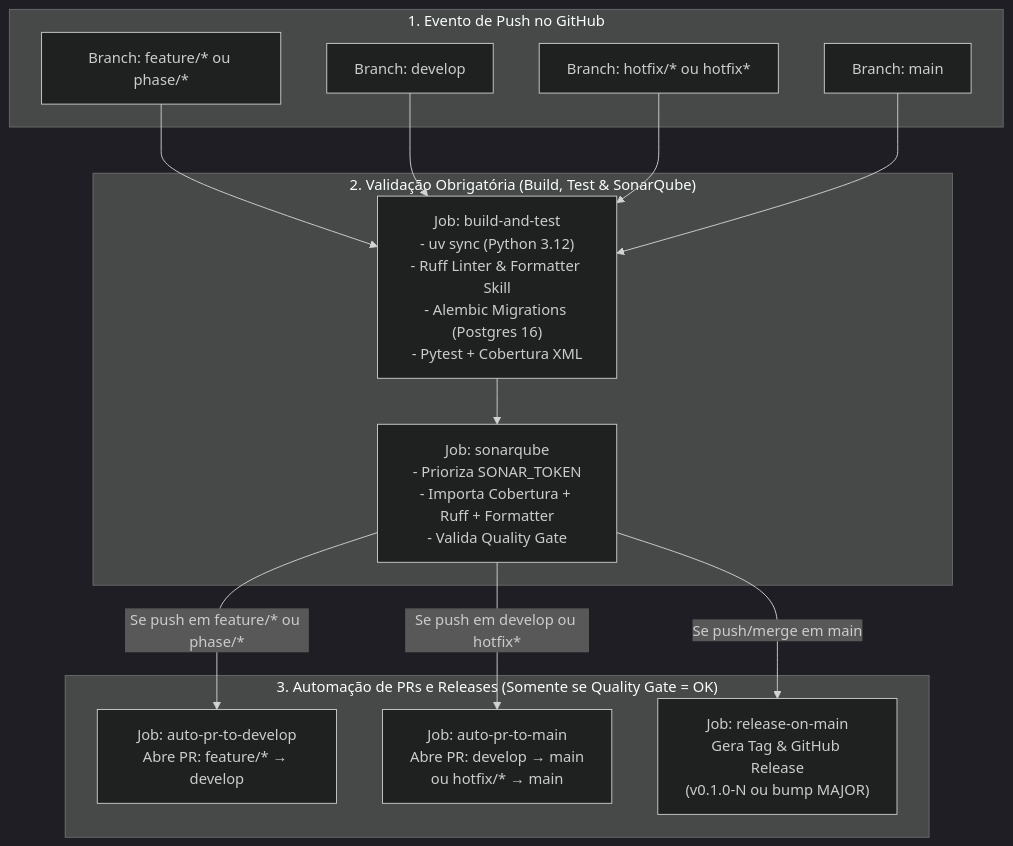
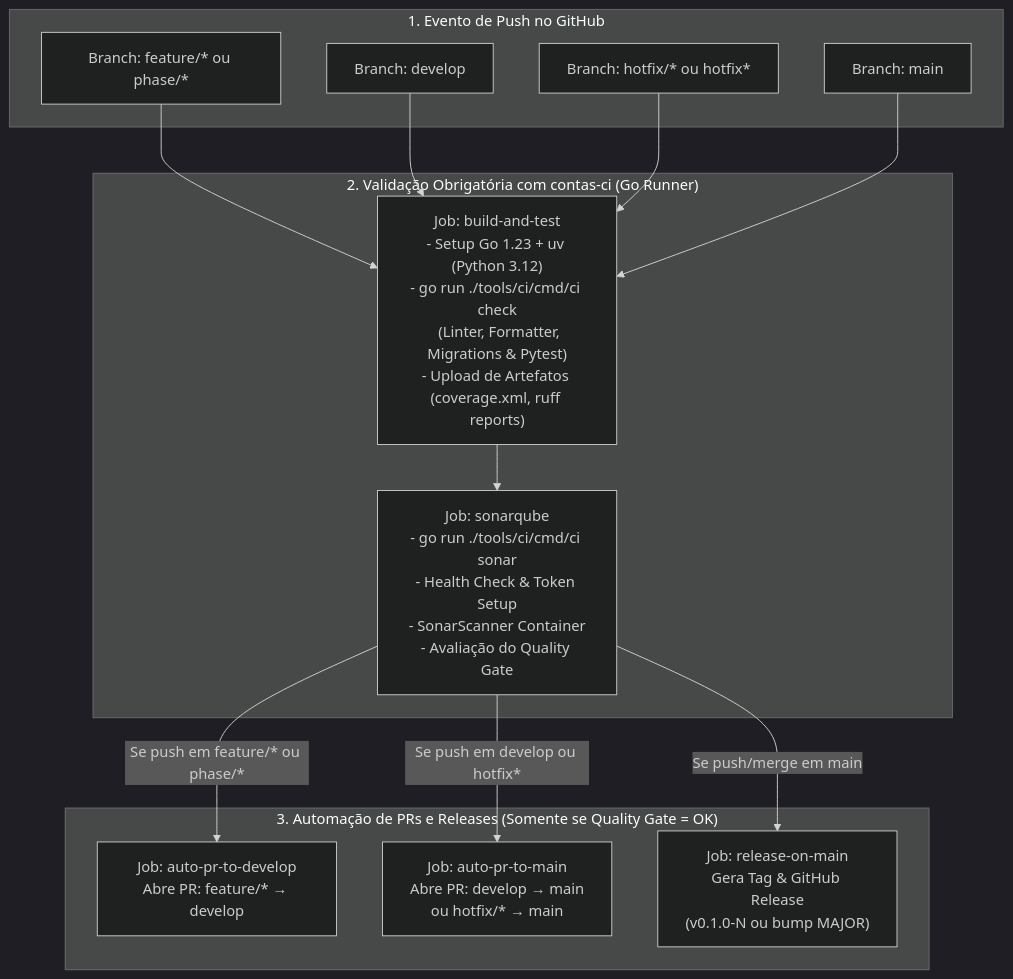
One commit to castrocristiano/contas changed the diagram in wiki/07-Gitflow-e-CI-CD.md. Above: the diagram before and after it, drawn with Mermaid (dark theme). The commit also changed other lines of this file and 36 other files, not shown here.

````diff
--- a/wiki/07-Gitflow-e-CI-CD.md
+++ b/wiki/07-Gitflow-e-CI-CD.md
@@ -22,30 +22,30 @@
 ```mermaid
 flowchart TD
     subgraph PushEvents["1. Evento de Push no GitHub"]
         FeatBranch["Branch: feature/* ou phase/*"]
         DevBranch["Branch: develop"]
         HotfixBranch["Branch: hotfix/* ou hotfix*"]
         MainBranch["Branch: main"]
     end
 
-    subgraph QualityPipeline["2. Validação Obrigatória (Build, Test & SonarQube)"]
-        BuildTest["Job: build-and-test<br>- uv sync (Python 3.12)<br>- Ruff Linter & Formatter Skill<br>- Alembic Migrations (Postgres 16)<br>- Pytest + Cobertura XML"]
-        SonarGate["Job: sonarqube<br>- Prioriza SONAR_TOKEN<br>- Importa Cobertura + Ruff + Formatter<br>- Valida Quality Gate"]
+    subgraph QualityPipeline["2. Validação Obrigatória com contas-ci (Go Runner)"]
+        BuildTest["Job: build-and-test<br>- Setup Go 1.23 + uv (Python 3.12)<br>- go run ./tools/ci/cmd/ci check<br>  (Linter, Formatter, Migrations & Pytest)<br>- Upload de Artefatos (coverage.xml, ruff reports)"]
+        SonarGate["Job: sonarqube<br>- go run ./tools/ci/cmd/ci sonar<br>- Health Check & Token Setup<br>- SonarScanner Container<br>- Avaliação do Quality Gate"]
         BuildTest --> SonarGate
     end
 
     FeatBranch --> BuildTest
     DevBranch --> BuildTest
     HotfixBranch --> BuildTest
     MainBranch --> BuildTest
 
     subgraph AutomationJobs["3. Automação de PRs e Releases (Somente se Quality Gate = OK)"]
         PRToDev["Job: auto-pr-to-develop<br>Abre PR: feature/* → develop"]
         PRToMain["Job: auto-pr-to-main<br>Abre PR: develop → main<br>ou hotfix/* → main"]
         ReleaseJob["Job: release-on-main<br>Gera Tag & GitHub Release<br>(v0.1.0-N ou bump MAJOR)"]
     end
 
     SonarGate -->|Se push em feature/* ou phase/*| PRToDev
     SonarGate -->|Se push em develop ou hotfix*| PRToMain
     SonarGate -->|Se push/merge em main| ReleaseJob
 ```
````
